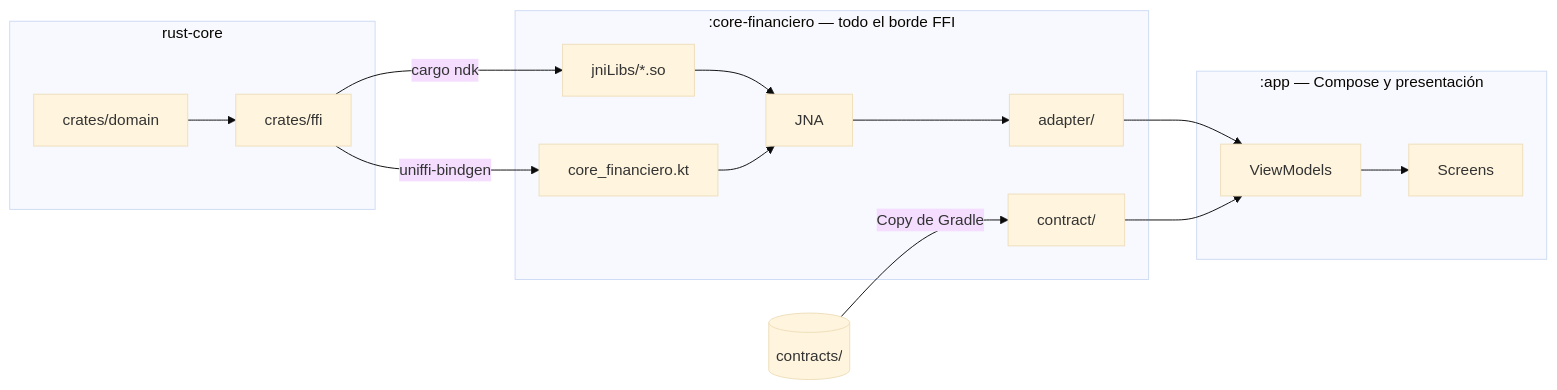
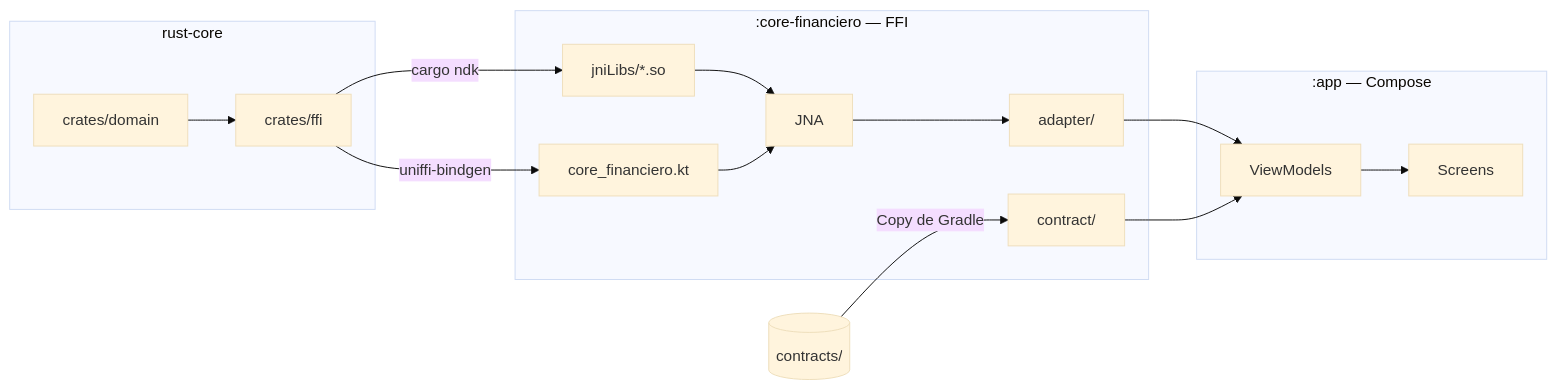
One commit to tohure/rust-core-cross-app changed the diagram in apps/android/README.md. Above: the diagram before and after it, drawn with Mermaid (base theme). The commit also changed other lines of this file and 3 other files, not shown here.

````diff
--- a/apps/android/README.md
+++ b/apps/android/README.md
@@ -24,28 +24,28 @@
 ```mermaid
 flowchart LR
     subgraph core["rust-core"]
         domain["crates/domain"] --> ffi["crates/ffi"]
     end
 
-    subgraph modulo[":core-financiero — todo el borde FFI"]
+    subgraph modulo[":core-financiero — FFI"]
         so["jniLibs/*.so"]
         kt["core_financiero.kt"]
         jna["JNA"]
         adapter["adapter/"]
         source["contract/"]
         so --> jna
         kt --> jna
         jna --> adapter
     end
 
-    subgraph app[":app — Compose y presentación"]
+    subgraph app[":app — Compose"]
         vm["ViewModels"] --> screens["Screens"]
     end
 
     ffi -->|"cargo ndk"| so
     ffi -->|"uniffi-bindgen"| kt
     contrato[("contracts/")] -->|"Copy de Gradle"| source
 
     adapter --> vm
     source --> vm
 ```
````
